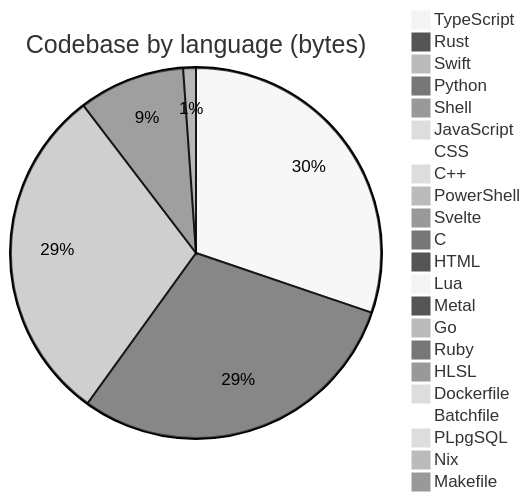
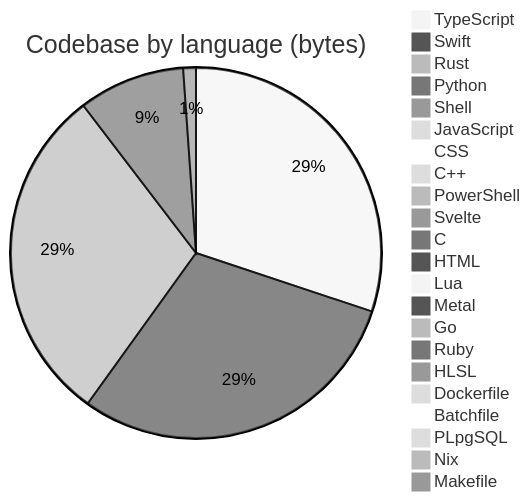
The diagram in profile/README.md (Open330/.github), drawn with Mermaid (neutral theme) before and after one commit. The commit also changed other lines of this file and 1 other file, not shown here.

````diff
--- a/profile/README.md
+++ b/profile/README.md
@@ -139,25 +139,25 @@
 ```mermaid
 pie title Codebase by language (bytes)
-    "TypeScript" : 39843469
-    "Rust" : 39213453
-    "Swift" : 39133040
-    "Python" : 12218109
-    "Shell" : 1465597
-    "JavaScript" : 1010791
-    "CSS" : 555584
+    "TypeScript" : 39863043
+    "Swift" : 39487127
+    "Rust" : 39313188
+    "Python" : 12279046
+    "Shell" : 1470322
+    "JavaScript" : 1032934
+    "CSS" : 562795
     "C++" : 388775
     "PowerShell" : 333788
     "Svelte" : 275766
     "C" : 197825
-    "HTML" : 180323
+    "HTML" : 183640
     "Lua" : 48814
     "Metal" : 33192
     "Go" : 22811
     "Ruby" : 9499
     "HLSL" : 7527
     "Dockerfile" : 7454
     "Batchfile" : 5660
     "PLpgSQL" : 5283
     "Nix" : 3168
     "Makefile" : 1692
 ```
````
